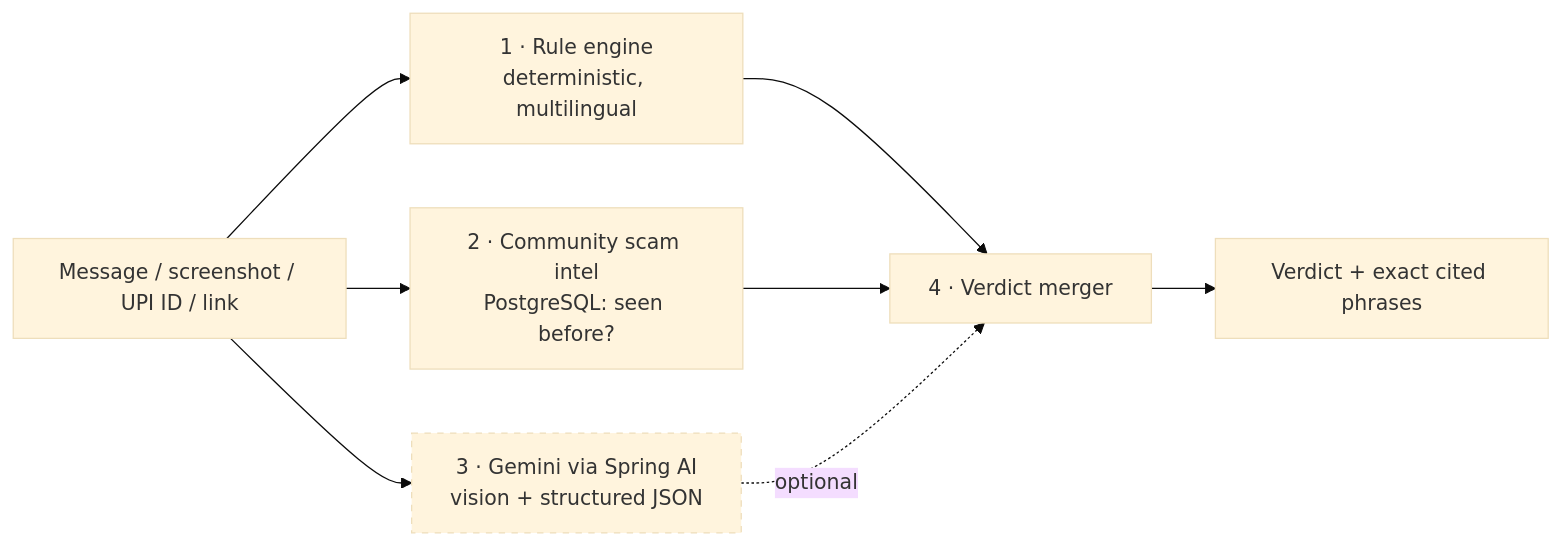
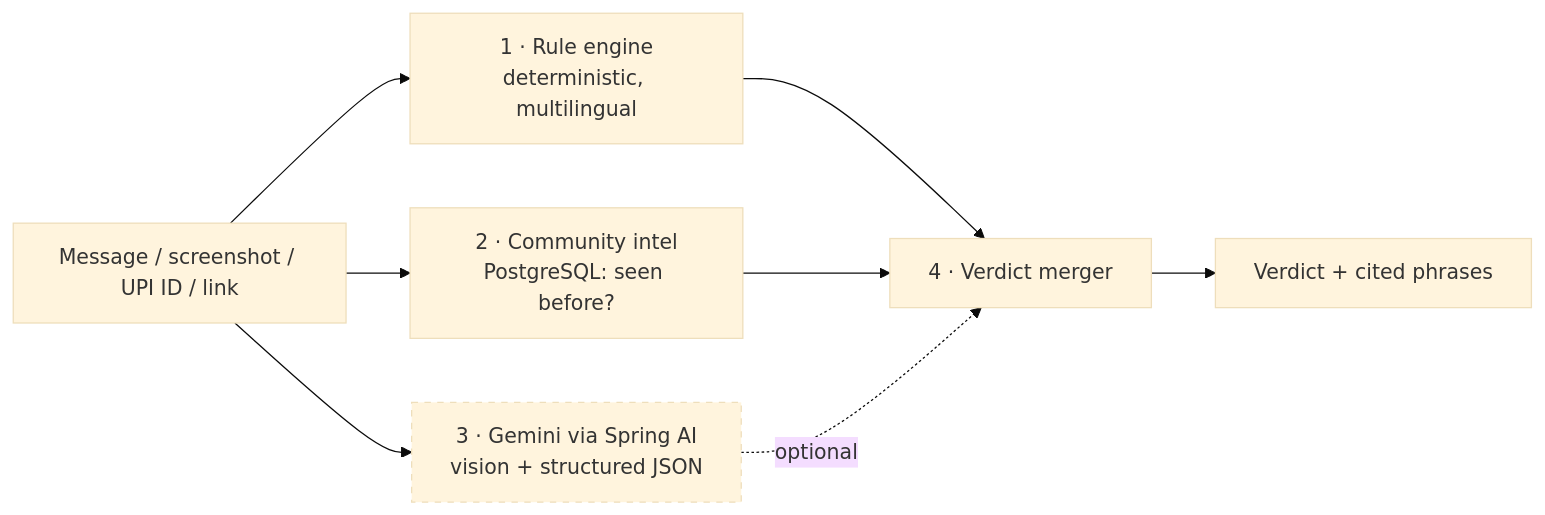
One commit to Kavaykhurana/chaukas changed the diagram in README.md. Above: the diagram before and after it, drawn with Mermaid (base theme). The commit also changed other lines of this file and 1 other file, not shown here.

````diff
--- a/README.md
+++ b/README.md
@@ -45,11 +42,11 @@
 ```mermaid
 flowchart LR
     A[Message / screenshot / UPI ID / link] --> B[1 · Rule engine<br/>deterministic, multilingual]
-    A --> C[2 · Community scam intel<br/>PostgreSQL: seen before?]
+    A --> C[2 · Community intel<br/>PostgreSQL: seen before?]
     A --> D[3 · Gemini via Spring AI<br/>vision + structured JSON]
     B --> E[4 · Verdict merger]
     C --> E
     D -. optional .-> E
-    E --> F[Verdict + exact cited phrases]
+    E --> F[Verdict + cited phrases]
     style D stroke-dasharray: 5 5
 ```
````
